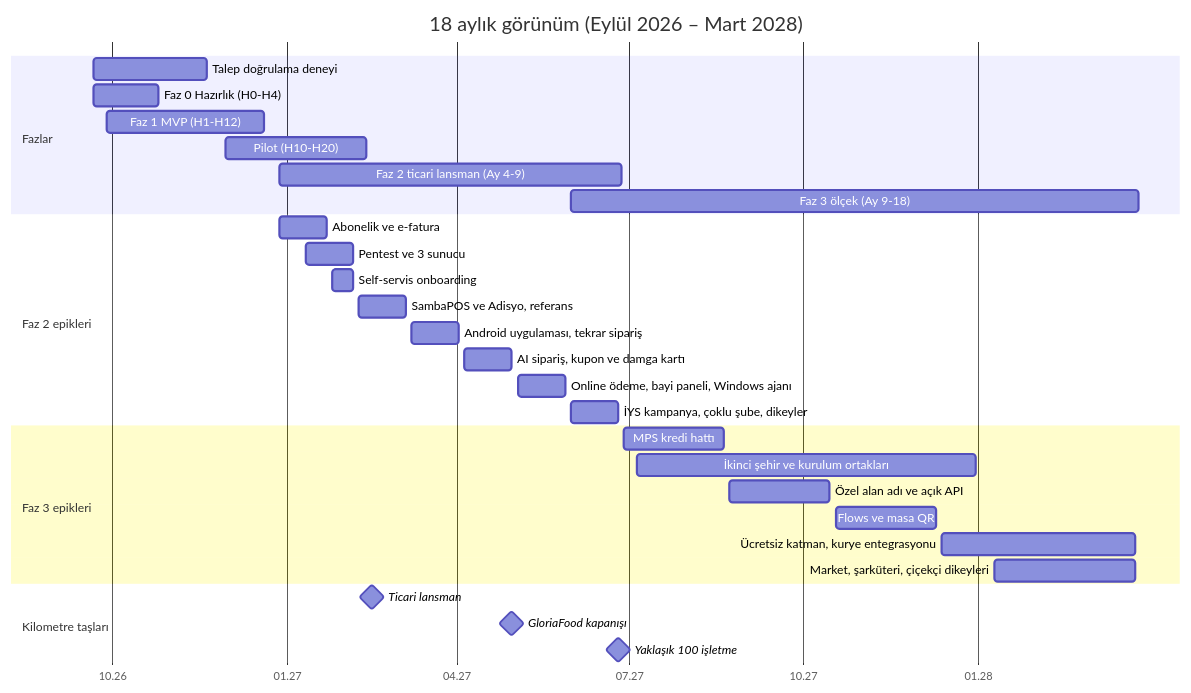
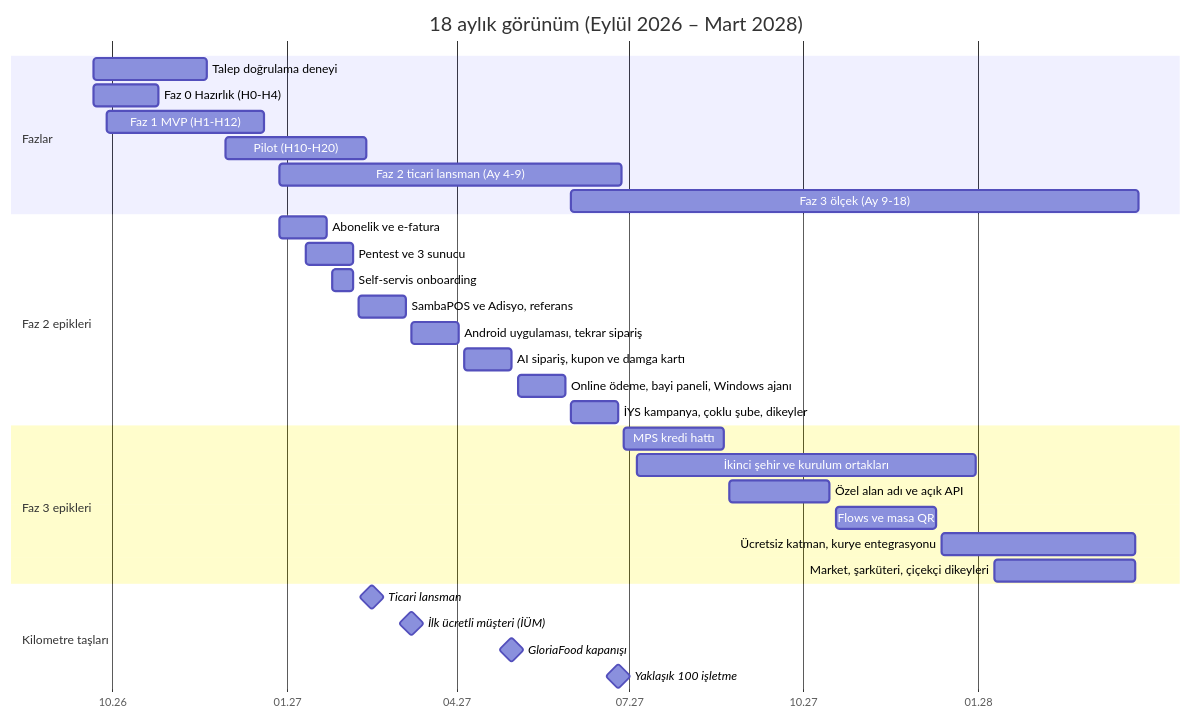
One commit to eraycaylak/siparisinonunde changed the second of 3 diagrams in docs/09-yol-haritasi-ve-sprint-plani.md. Above: the diagram before and after it, drawn with Mermaid. The commit also changed other lines of this file and 9 other files, not shown here.

````diff
--- a/docs/09-yol-haritasi-ve-sprint-plani.md
+++ b/docs/09-yol-haritasi-ve-sprint-plani.md
@@ -133,33 +143,34 @@
 ```mermaid
 gantt
     title 18 aylık görünüm (Eylül 2026 – Mart 2028)
     dateFormat YYYY-MM-DD
     axisFormat %m.%y
     section Fazlar
     Talep doğrulama deneyi                        :a1, 2026-09-21, 2026-11-20
     Faz 0 Hazırlık (H0-H4)                        :a2, 2026-09-21, 2026-10-25
     Faz 1 MVP (H1-H12)                            :a3, 2026-09-28, 2026-12-20
     Pilot (H10-H20)                               :a4, 2026-11-30, 2027-02-12
     Faz 2 ticari lansman (Ay 4-9)                 :a5, 2026-12-28, 2027-06-27
     Faz 3 ölçek (Ay 9-18)                         :a6, 2027-05-31, 2028-03-26
     section Faz 2 epikleri
     Abonelik ve e-fatura                          :b1, 2026-12-28, 2027-01-22
     Pentest ve 3 sunucu                           :b2, 2027-01-11, 2027-02-05
     Self-servis onboarding                        :b3, 2027-01-25, 2027-02-05
     SambaPOS ve Adisyo, referans                  :b4, 2027-02-08, 2027-03-05
     Android uygulaması, tekrar sipariş            :b5, 2027-03-08, 2027-04-02
     AI sipariş, kupon ve damga kartı              :b6, 2027-04-05, 2027-04-30
     Online ödeme, bayi paneli, Windows ajanı      :b7, 2027-05-03, 2027-05-28
     İYS kampanya, çoklu şube, dikeyler            :b8, 2027-05-31, 2027-06-25
     section Faz 3 epikleri
     MPS kredi hattı                               :c1, 2027-06-28, 2027-08-20
     İkinci şehir ve kurulum ortakları             :c2, 2027-07-05, 2027-12-31
     Özel alan adı ve açık API                     :c3, 2027-08-23, 2027-10-15
     Flows ve masa QR                              :c4, 2027-10-18, 2027-12-10
     Ücretsiz katman, kurye entegrasyonu           :c5, 2027-12-13, 2028-03-24
     Market, şarküteri, çiçekçi dikeyleri          :c6, 2028-01-10, 2028-03-24
     section Kilometre taşları
     Ticari lansman                                :milestone, n1, 2027-02-15, 0d
+    İlk ücretli müşteri (İÜM)                     :milestone, n4, 2027-03-08, 0d
     GloriaFood kapanışı                           :milestone, n2, 2027-04-30, 0d
     Yaklaşık 100 işletme                          :milestone, n3, 2027-06-25, 0d
 ```
````
